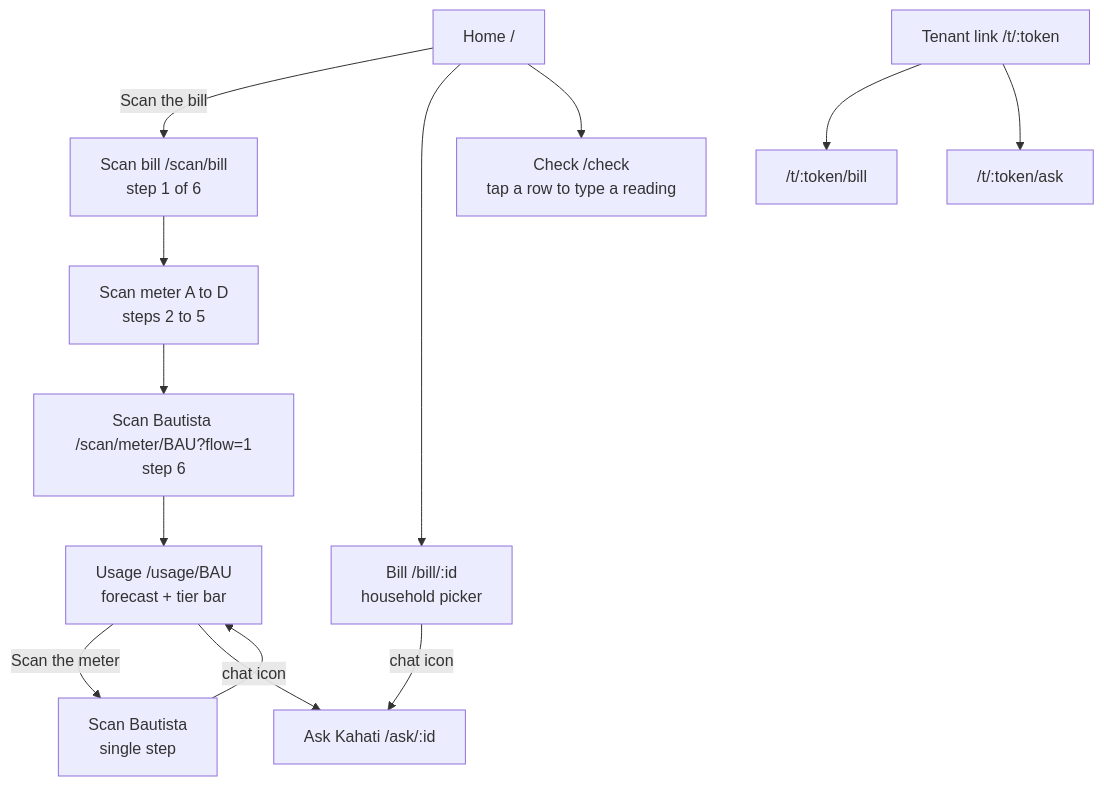
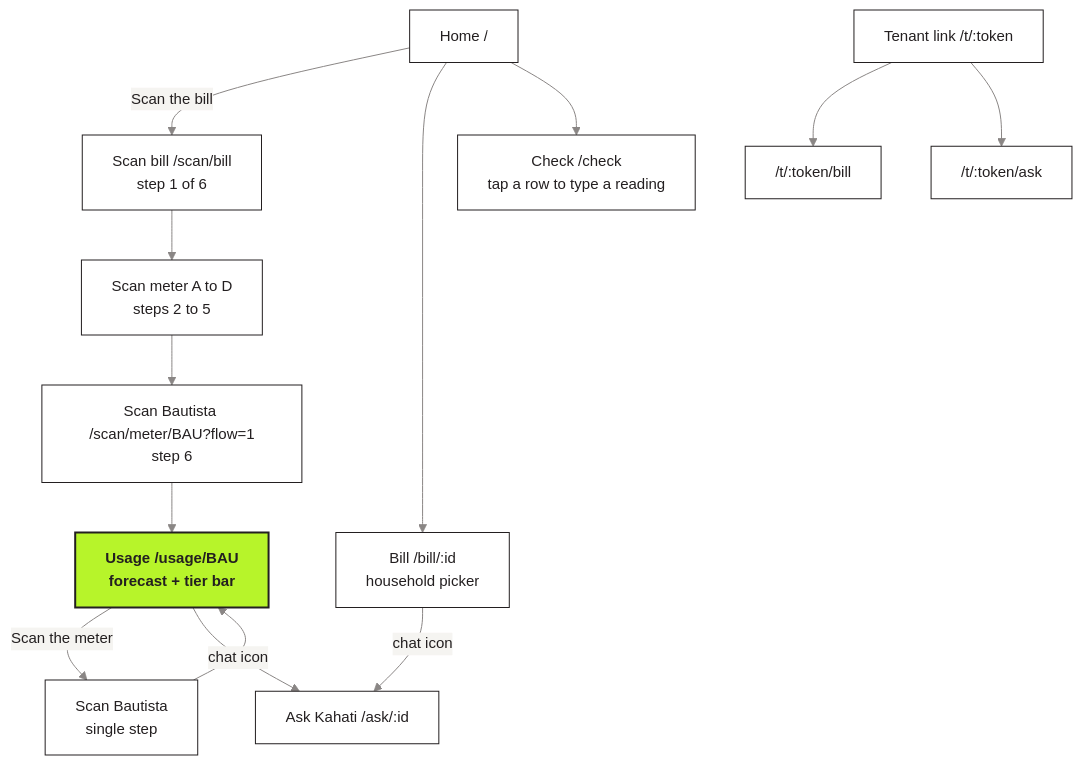
One commit to msmeralco/TeamNewYorkStylePizza changed the first of 2 diagrams in web/README.md. Above: the diagram before and after it, drawn with Mermaid. The commit also changed other lines of this file and 1 other file, not shown here.

Commit message:
README diagrams in Kahati branding: white nodes, dark grey text, one lime key node, Inter Tight

````diff
--- a/web/README.md
+++ b/web/README.md
@@ -42,15 +42,18 @@
 ```mermaid
+%%{init: {'theme': 'base', 'themeVariables': {'fontFamily': 'Inter Tight, Inter, Segoe UI, Arial', 'fontSize': '15px', 'primaryColor': '#FFFFFF', 'primaryTextColor': '#231F20', 'primaryBorderColor': '#231F20', 'secondaryColor': '#F5F4F1', 'tertiaryColor': '#F5F4F1', 'lineColor': '#8A8685', 'textColor': '#231F20', 'clusterBkg': '#F5F4F1', 'clusterBorder': '#BDBAB8', 'edgeLabelBackground': '#F5F4F1', 'actorBkg': '#FFFFFF', 'actorBorder': '#231F20', 'actorTextColor': '#231F20', 'actorLineColor': '#8A8685', 'signalColor': '#5C5859', 'signalTextColor': '#231F20', 'noteBkgColor': '#B7F42A', 'noteTextColor': '#231F20', 'noteBorderColor': '#7A9F1B', 'labelBoxBkgColor': '#F5F4F1', 'labelBoxBorderColor': '#BDBAB8', 'loopTextColor': '#231F20'}}}%%
 flowchart TD
     HOME["Home /"] -->|"Scan the bill"| SB["Scan bill /scan/bill<br/>step 1 of 6"]
     SB --> SA["Scan meter A to D<br/>steps 2 to 5"]
     SA --> SBAU["Scan Bautista /scan/meter/BAU?flow=1<br/>step 6"]
     SBAU --> UBAU["Usage /usage/BAU<br/>forecast + tier bar"]
     HOME --> BILL["Bill /bill/:id<br/>household picker"]
     HOME --> CHECK["Check /check<br/>tap a row to type a reading"]
     UBAU -->|"Scan the meter"| SOWN["Scan Bautista<br/>single step"]
     SOWN --> UBAU
     BILL -->|"chat icon"| ASK["Ask Kahati /ask/:id"]
     UBAU -->|"chat icon"| ASK
     LINK["Tenant link /t/:token"] --> TBILL["/t/:token/bill"]
     LINK --> TASK["/t/:token/ask"]
+    classDef key fill:#B7F42A,stroke:#231F20,stroke-width:2px,color:#231F20,font-weight:bold
+    class UBAU key
 ```
````
